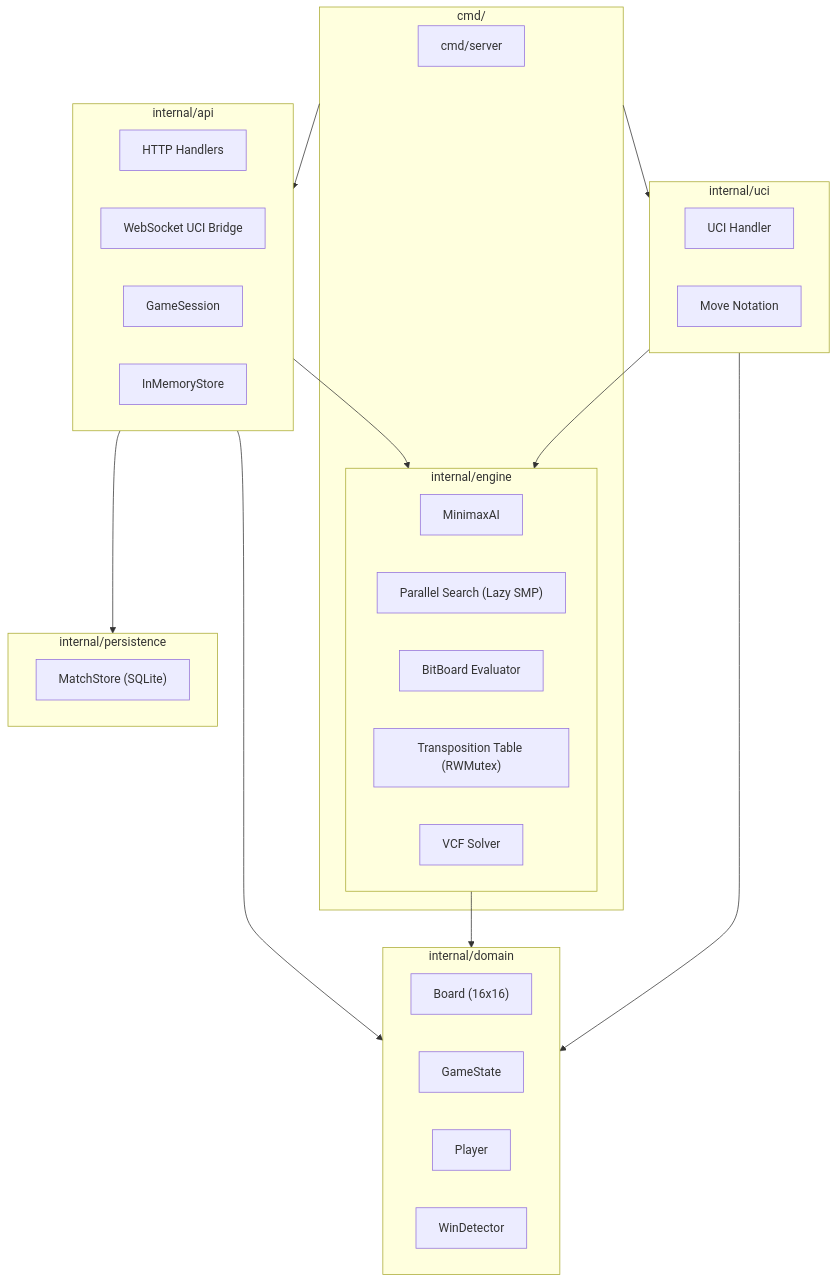
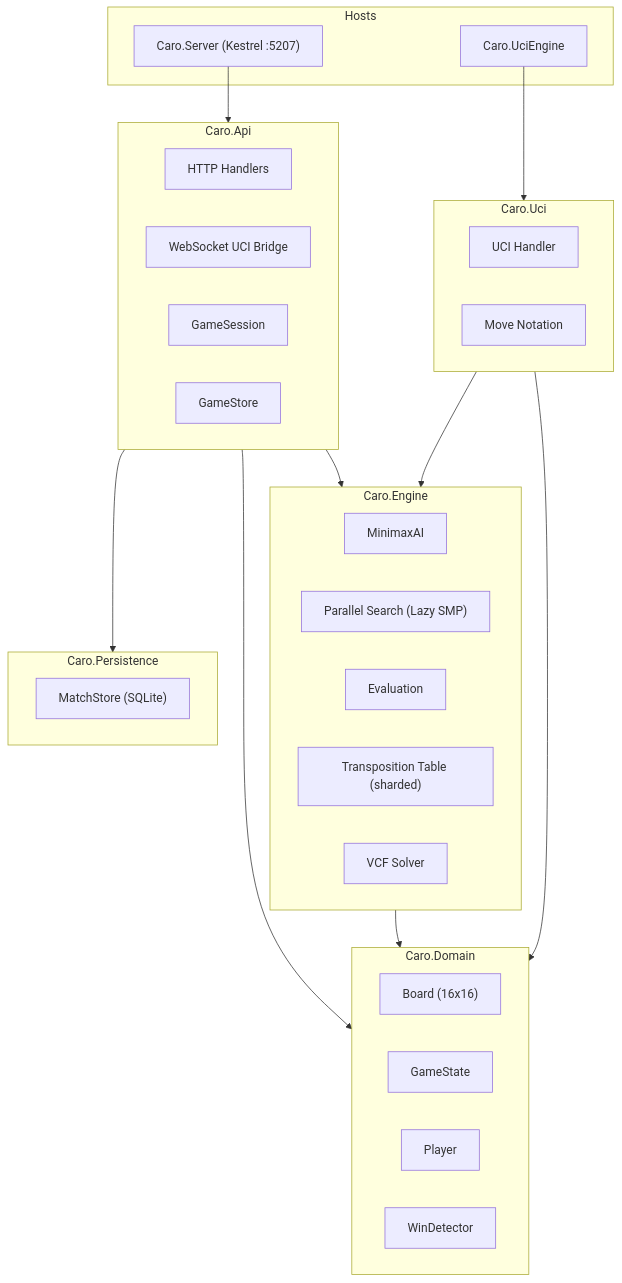
One commit to lavantien/caro-ai-pvp changed the diagram in README.md. Above: the diagram before and after it, drawn with Mermaid. The commit also changed other lines of this file and 5 other files, not shown here.

````diff
--- a/README.md
+++ b/README.md
@@ -230,47 +231,47 @@
 ```mermaid
 graph TB
-    subgraph Commands["cmd/"]
-        Server["cmd/server"]
-        Engine["cmd/engine"]
+    subgraph Hosts["Hosts"]
+        Server["Caro.Server (Kestrel :5207)"]
+        EngineCli["Caro.UciEngine"]
     end
 
-    subgraph API["internal/api"]
+    subgraph API["Caro.Api"]
         Handlers["HTTP Handlers"]
         WebSocket["WebSocket UCI Bridge"]
         Session["GameSession"]
-        Store["InMemoryStore"]
+        Store["GameStore"]
     end
 
-    subgraph Engine["internal/engine"]
+    subgraph EnginePkg["Caro.Engine"]
         Minimax["MinimaxAI"]
         Search["Parallel Search (Lazy SMP)"]
-        Evaluator["BitBoard Evaluator"]
-        TT["Transposition Table (RWMutex)"]
+        Evaluator["Evaluation"]
+        TT["Transposition Table (sharded)"]
         VCF["VCF Solver"]
     end
 
-    subgraph Domain["internal/domain"]
+    subgraph DomainPkg["Caro.Domain"]
         Board["Board (16x16)"]
         Game["GameState"]
         Player["Player"]
         Win["WinDetector"]
     end
 
-    subgraph UCI["internal/uci"]
+    subgraph UCIPkg["Caro.Uci"]
         UCIHandler["UCI Handler"]
         Notation["Move Notation"]
     end
 
-    subgraph Persistence["internal/persistence"]
+    subgraph PersistencePkg["Caro.Persistence"]
         MatchStore["MatchStore (SQLite)"]
     end
 
-    Commands --> API
-    Commands --> UCI
-    API --> Engine
-    API --> Domain
-    Engine --> Domain
-    UCI --> Engine
-    UCI --> Domain
-    API --> Persistence
+    Server --> API
+    EngineCli --> UCIPkg
+    API --> EnginePkg
+    API --> DomainPkg
+    EnginePkg --> DomainPkg
+    UCIPkg --> EnginePkg
+    UCIPkg --> DomainPkg
+    API --> PersistencePkg
 ```
````
